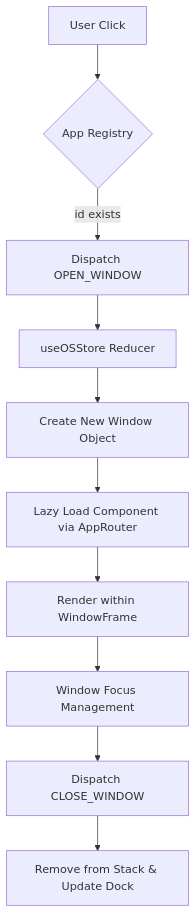
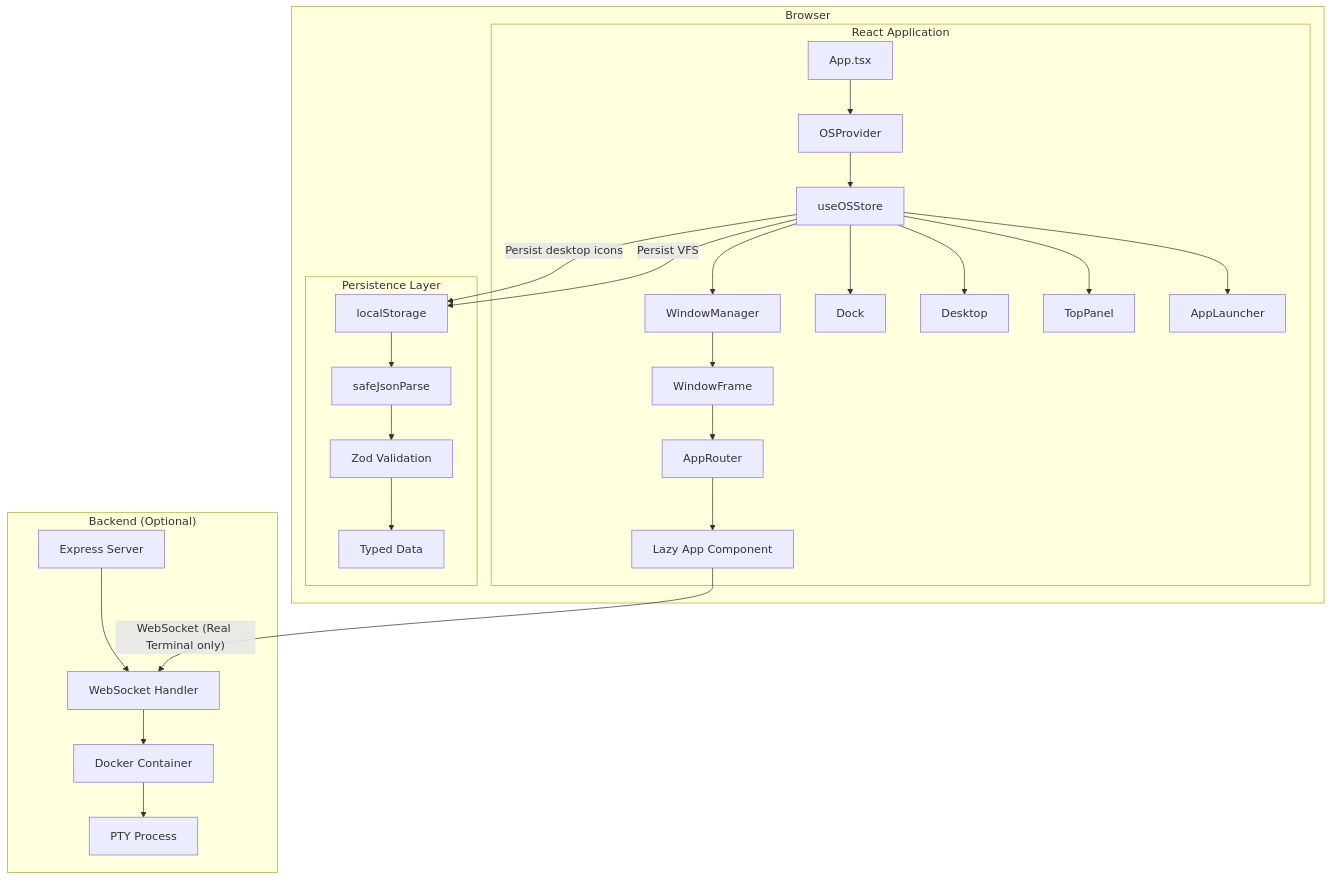
Before and after one commit to nordeim/web-linux: the first of 6 diagrams in Project_Architecture_Document.md, drawn with Mermaid. The commit also changed other lines of this file and 5 other files, not shown here.

````diff
--- a/Project_Architecture_Document.md
+++ b/Project_Architecture_Document.md
@@ -79,12 +284,34 @@
 ```mermaid
-graph TD
-    A[User Click] --> B{App Registry}
-    B -->|id exists| C[Dispatch OPEN_WINDOW]
-    C --> D[useOSStore Reducer]
-    D --> E[Create New Window Object]
-    E --> F[Lazy Load Component via AppRouter]
-    F --> G[Render within WindowFrame]
-    G --> H[Window Focus Management]
-    H --> I[Dispatch CLOSE_WINDOW]
-    I --> J[Remove from Stack & Update Dock]
+graph TB
+    subgraph "Browser"
+        subgraph "React Application"
+            A[App.tsx] --> B[OSProvider]
+            B --> C[useOSStore]
+            C --> D[WindowManager]
+            D --> E[WindowFrame]
+            E --> F[AppRouter]
+            F --> G[Lazy App Component]
+            
+            C --> H[Dock]
+            C --> I[Desktop]
+            C --> J[TopPanel]
+            C --> K[AppLauncher]
+        end
+        
+        subgraph "Persistence Layer"
+            L[localStorage] --> M[safeJsonParse]
+            M --> N[Zod Validation]
+            N --> O[Typed Data]
+        end
+    end
+    
+    subgraph "Backend (Optional)"
+        P[Express Server] --> Q[WebSocket Handler]
+        Q --> R[Docker Container]
+        R --> S[PTY Process]
+    end
+    
+    G -->|"WebSocket (Real Terminal only)"| Q
+    C -->|"Persist desktop icons"| L
+    C -->|"Persist VFS"| L
 ```
````
